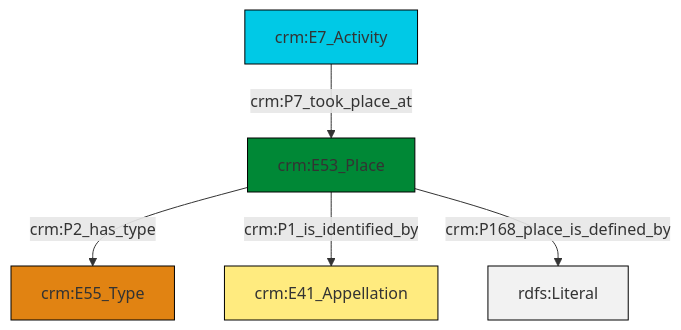
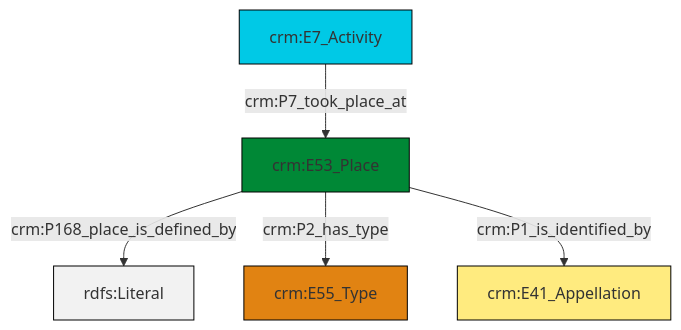
One commit to swiss-art-research-net/reference-data-models changed the diagram in et/eventCSV/ttl/mmd/event_location.ttl.mmd. Above: the diagram before and after it, drawn with Mermaid. The commit also changed 128 other files, not shown here.

```diff
--- a/et/eventCSV/ttl/mmd/event_location.ttl.mmd
+++ b/et/eventCSV/ttl/mmd/event_location.ttl.mmd
@@ -1,19 +1,19 @@
 graph TD
 classDef Literal fill:#f2f2f2,stroke:#000000;
 classDef CRM_Entity fill:#FFFFFF,stroke:#000000;
 classDef Temporal_Entity fill:#00C9E6, stroke:#000000;
 classDef Type fill:#E18312, stroke:#000000;
 classDef Time-Span fill:#2C9C91, stroke:#000000;
 classDef Appellation fill:#FFEB7F, stroke:#000000;
 classDef Place fill:#008836, stroke:#000000;
 classDef Persistent_Item fill:#B266B2, stroke:#000000;
 classDef Conceptual_Object fill:#FFD700, stroke:#000000;
 classDef Physical_Thing fill:#D2B48C, stroke:#000000;
 classDef Actor fill:#f58aad, stroke:#000000;
 classDef PC_Classes fill:#4ce600, stroke:#000000;
 classDef Multi fill:#cccccc,stroke:#000000;
 
+2["crm:E53_Place"]:::Place -->|crm:P168_place_is_defined_by| 3[rdfs:Literal]:::Literal
+4["crm:E7_Activity"]:::Temporal_Entity -->|crm:P7_took_place_at| 2["crm:E53_Place"]:::Place
 2["crm:E53_Place"]:::Place -->|crm:P2_has_type| 0["crm:E55_Type"]:::Type
-2["crm:E53_Place"]:::Place -->|crm:P1_is_identified_by| 4["crm:E41_Appellation"]:::Appellation
-2["crm:E53_Place"]:::Place -->|crm:P168_place_is_defined_by| 7[rdfs:Literal]:::Literal
-5["crm:E7_Activity"]:::Temporal_Entity -->|crm:P7_took_place_at| 2["crm:E53_Place"]:::Place
+2["crm:E53_Place"]:::Place -->|crm:P1_is_identified_by| 7["crm:E41_Appellation"]:::Appellation
```
